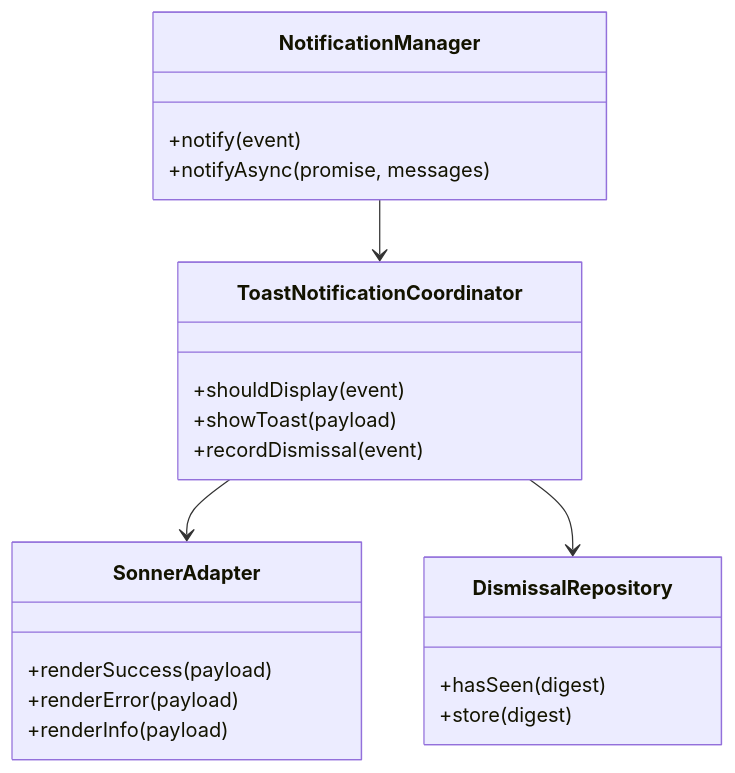
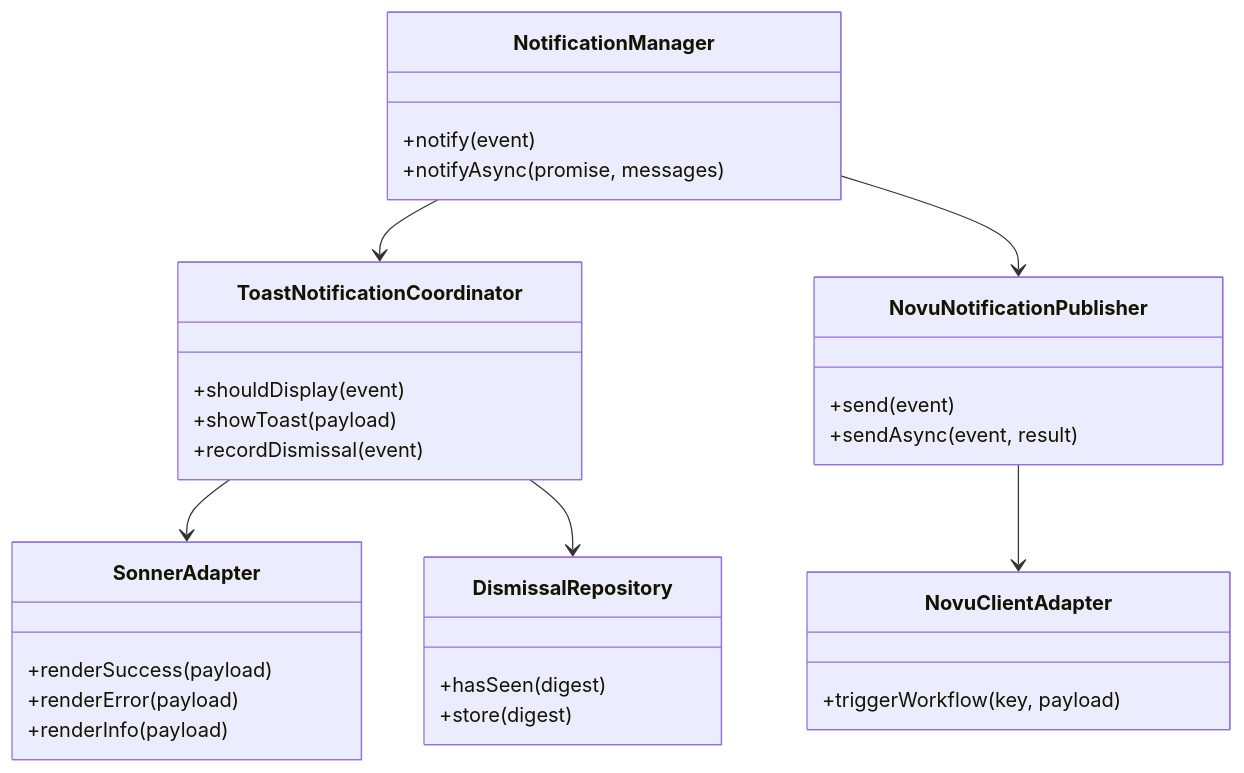
The diagram in docs/diagrams/adr-012-notification-experience-and-toasts/uml-collaborators.mmd (marcelkenner/clarivum), drawn with Mermaid before and after one commit. The commit also changed 75 other files, not shown here.

````diff
--- a/docs/diagrams/adr-012-notification-experience-and-toasts/uml-collaborators.mmd
+++ b/docs/diagrams/adr-012-notification-experience-and-toasts/uml-collaborators.mmd
@@ -1,24 +1,33 @@
 ```mermaid
 classDiagram
     class NotificationManager {
         +notify(event)
         +notifyAsync(promise, messages)
     }
     class ToastNotificationCoordinator {
         +shouldDisplay(event)
         +showToast(payload)
         +recordDismissal(event)
     }
     class SonnerAdapter {
         +renderSuccess(payload)
         +renderError(payload)
         +renderInfo(payload)
     }
+    class NovuNotificationPublisher {
+        +send(event)
+        +sendAsync(event, result)
+    }
+    class NovuClientAdapter {
+        +triggerWorkflow(key, payload)
+    }
     class DismissalRepository {
         +hasSeen(digest)
         +store(digest)
     }
     NotificationManager --> ToastNotificationCoordinator
+    NotificationManager --> NovuNotificationPublisher
     ToastNotificationCoordinator --> SonnerAdapter
     ToastNotificationCoordinator --> DismissalRepository
+    NovuNotificationPublisher --> NovuClientAdapter
 ```
````
